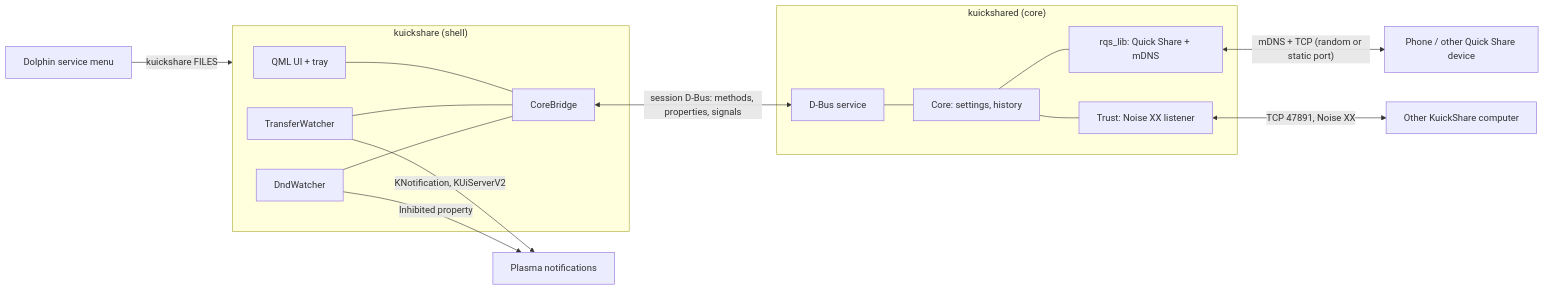
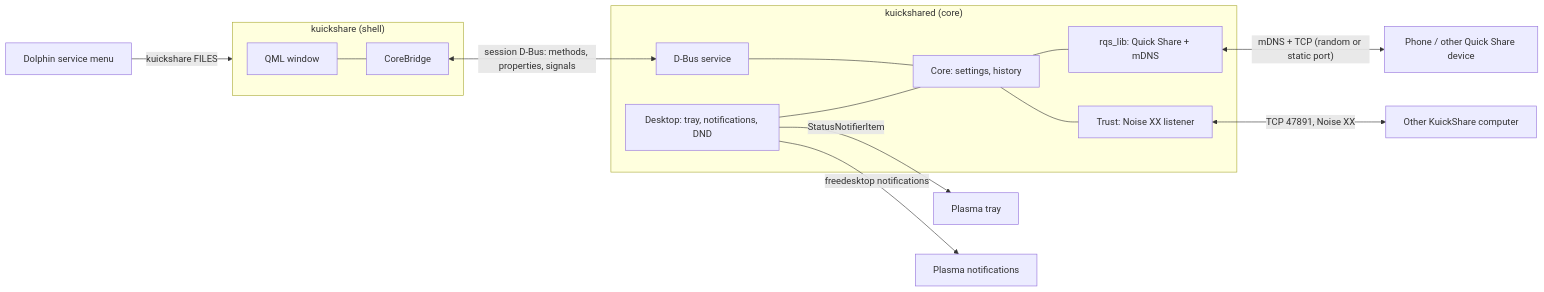
Before and after one commit to the-beper/KuickShare: the first of 5 diagrams in docs/architecture.md, drawn with Mermaid. The commit also changed other lines of this file and 33 other files, not shown here.

````diff
--- a/docs/architecture.md
+++ b/docs/architecture.md
@@ -26,27 +26,25 @@
 ```mermaid
 flowchart LR
-    subgraph shell["kuickshare (shell)"]
-        QML["QML UI + tray"]
-        CB["CoreBridge"]
-        TW["TransferWatcher"]
-        DW["DndWatcher"]
-        QML --- CB
-        TW --- CB
-        DW --- CB
-    end
     subgraph core["kuickshared (core)"]
         SVC["D-Bus service"]
         CORE["Core: settings, history"]
+        DESK["Desktop: tray, notifications, DND"]
         RQS["rqs_lib: Quick Share + mDNS"]
         TR["Trust: Noise XX listener"]
         SVC --- CORE
         CORE --- RQS
         CORE --- TR
+        DESK --- CORE
+    end
+    subgraph shell["kuickshare (shell)"]
+        QML["QML window"]
+        CB["CoreBridge"]
+        QML --- CB
     end
     CB <-->|"session D-Bus: methods, properties, signals"| SVC
-    TW -->|"KNotification, KUiServerV2"| NS["Plasma notifications"]
-    DW -->|"Inhibited property"| NS
+    DESK -->|"StatusNotifierItem"| TRAY["Plasma tray"]
+    DESK -->|"freedesktop notifications"| NS["Plasma notifications"]
     DOL["Dolphin service menu"] -->|"kuickshare FILES"| shell
     RQS <-->|"mDNS + TCP (random or static port)"| PHONE["Phone / other Quick Share device"]
     TR <-->|"TCP 47891, Noise XX"| PEER["Other KuickShare computer"]
 ```
````
